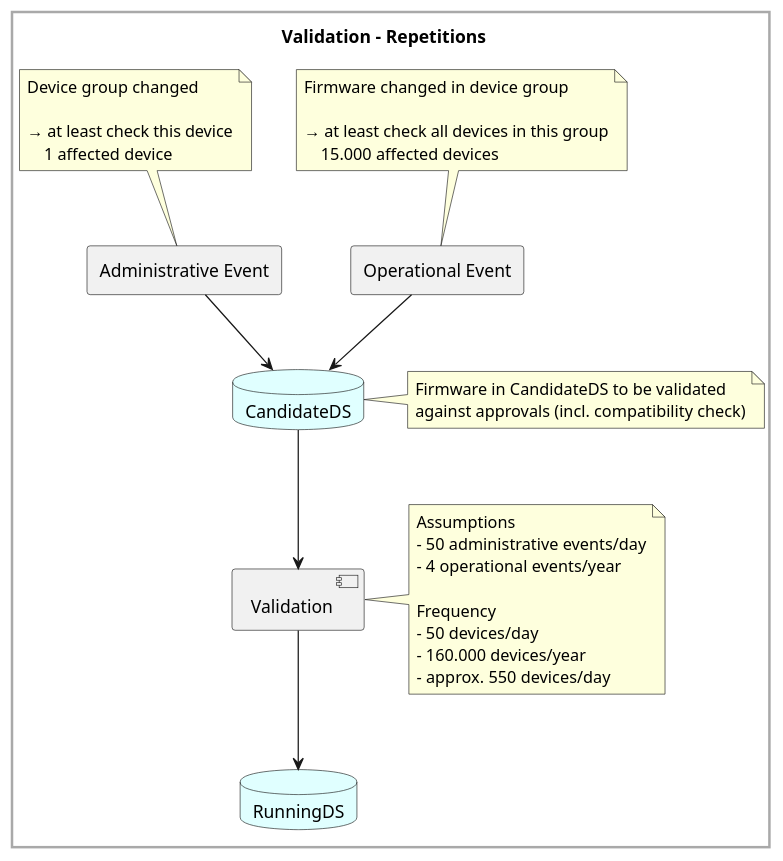
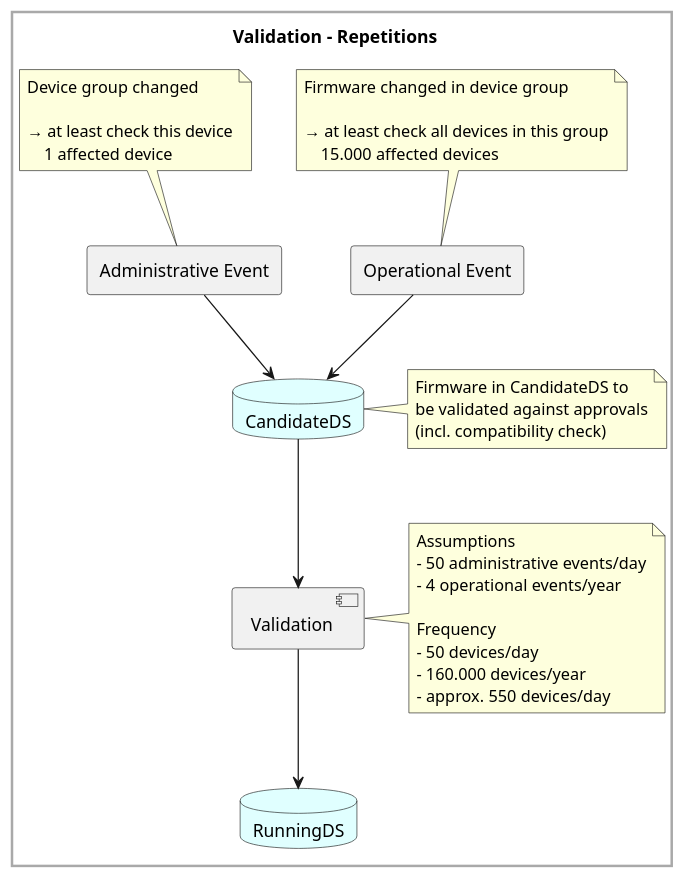
The diagram in spec/additionalDocumentation/InformationStructure/diagrams/04_validationRepetitions.plantuml (kmohr-soprasteria/FirmWareManager), drawn with PlantUML before and after one commit. The commit also changed 4 other files, not shown here.

```diff
--- a/spec/additionalDocumentation/InformationStructure/diagrams/04_validationRepetitions.plantuml
+++ b/spec/additionalDocumentation/InformationStructure/diagrams/04_validationRepetitions.plantuml
@@ -1,54 +1,55 @@
 @startuml 04_validationRepetitions
 
 skinparam BackgroundColor White
 skinparam DiagramBorderColor DarkGray
 skinparam DiagramBorderThickness 2
 
 title Validation - Repetitions
 
 
 rectangle "Administrative Event" as Admin
 rectangle "Operational Event" as Oper
 database CandidateDS #E0FFFF
 database RunningDS #E0FFFF
 component Validation
 
 
 Admin --> CandidateDS
 Oper --> CandidateDS
 
 CandidateDS --> Validation
 Validation --> RunningDS 
 
 note right of CandidateDS
-  Firmware in CandidateDS to be validated
-  against approvals (incl. compatibility check)
+  Firmware in CandidateDS to
+  be validated against approvals
+  (incl. compatibility check)
 end note
 
 
 note top of Admin
   Device group changed
   
   → at least check this device
       1 affected device
 end note
 
 note top of Oper
   Firmware changed in device group
 
   → at least check all devices in this group
       15.000 affected devices
 end note
 
 note right of Validation
     Assumptions
     - 50 administrative events/day
     - 4 operational events/year
 
     Frequency
     - 50 devices/day
     - 160.000 devices/year
     - approx. 550 devices/day
 end note
 
 @enduml
```
